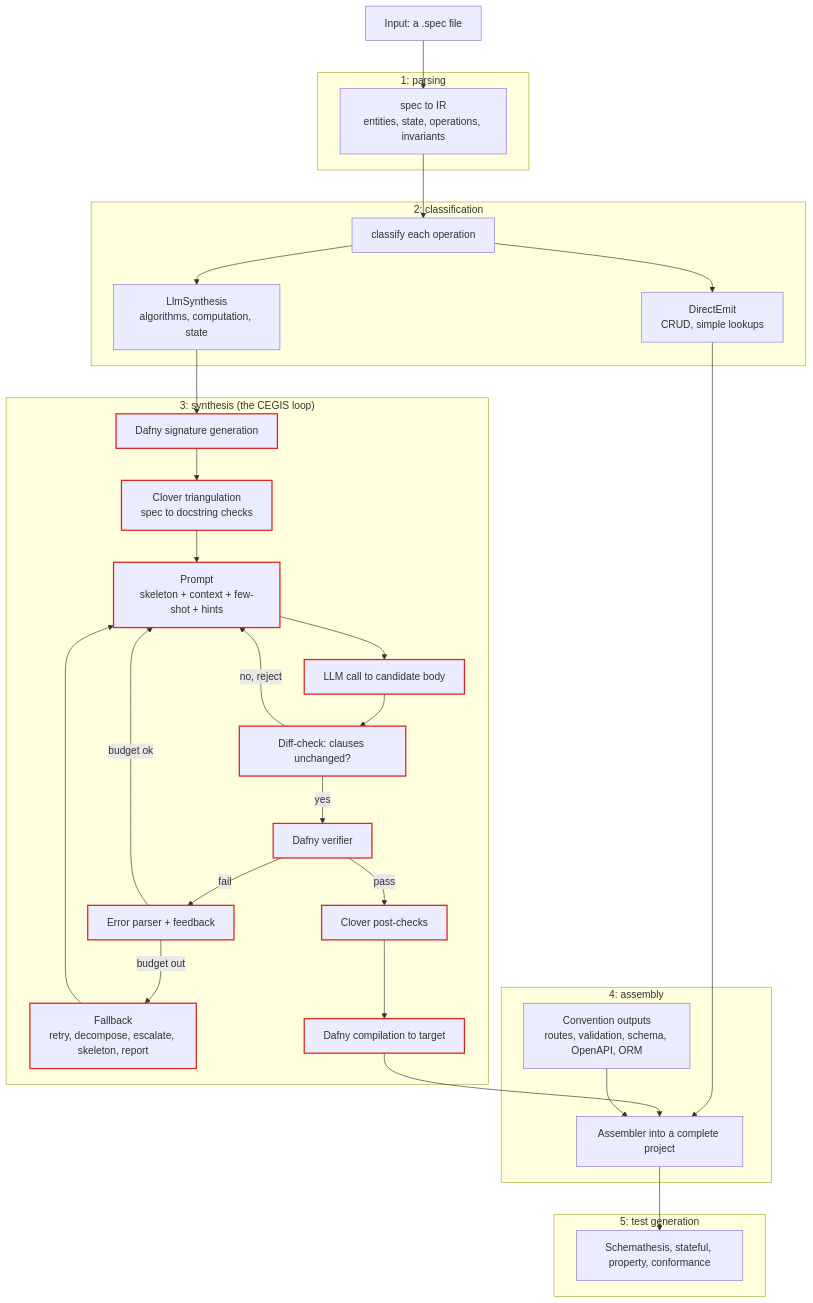
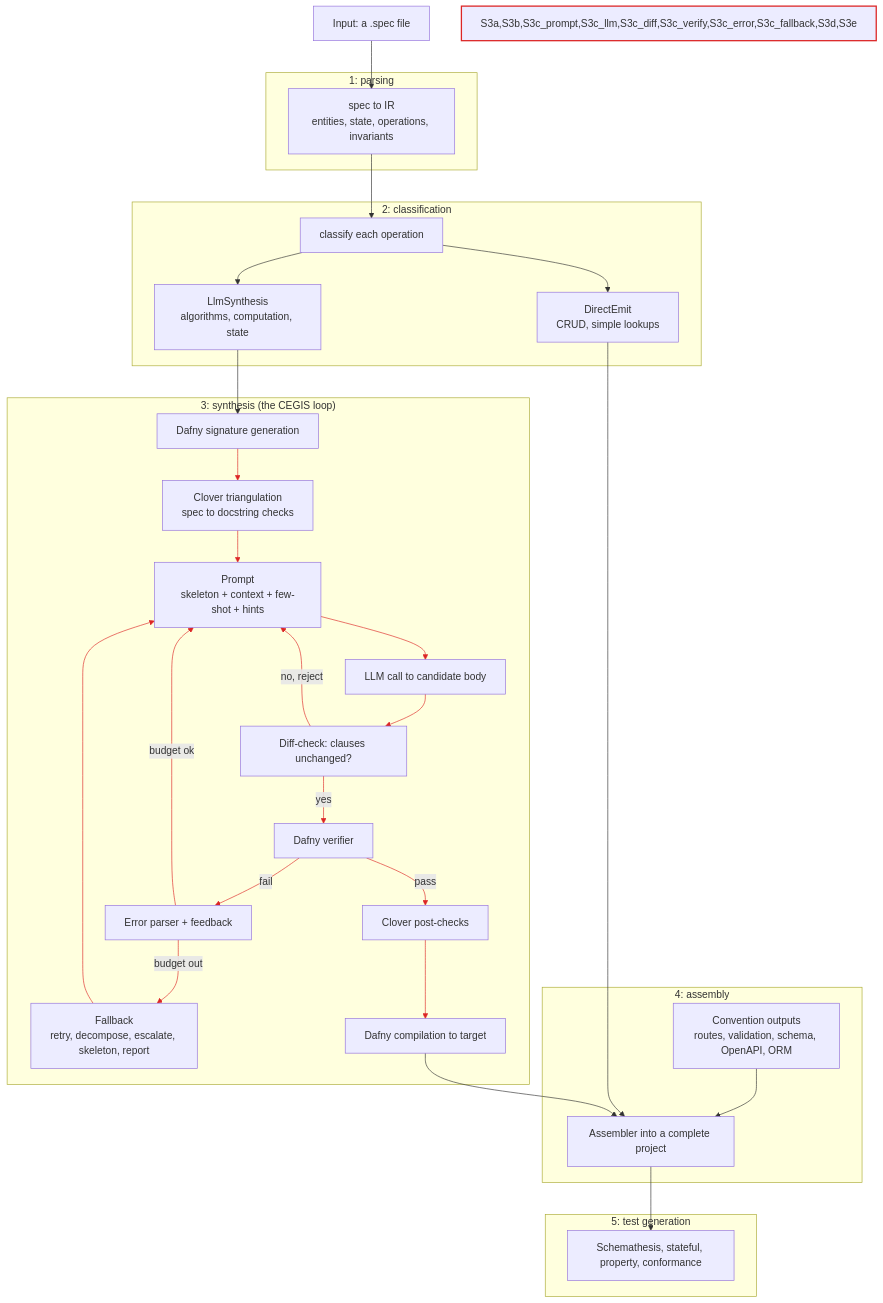
One commit to HardMax71/spec_to_rest changed the second of 2 diagrams in docs/content/docs/research/llm_verifier_synthesis/cegis-loop.md. Above: the diagram before and after it, drawn with Mermaid. The commit also changed other lines of this file, not shown here.

Commit message:
docs(research): fix CEGIS diagram styling (class leak, bare node, red arrows)
The class-assignment statement leaked a visible 'class' node because beautiful-mermaid's regex rejects a trailing semicolon; both diagrams now use a single style line (comma list, no semicolon). The loop diagram reds only its blocks, no arrows. The end-to-end diagram reds the synthesis blocks and, this time, the synthesis arrows via linkStyle indices, and declares its labeled nodes before the cross-subgraph edges so S3a is no longer drawn as a bare id.

````diff
--- a/docs/content/docs/research/llm_verifier_synthesis/cegis-loop.md
+++ b/docs/content/docs/research/llm_verifier_synthesis/cegis-loop.md
@@ -108,56 +105,46 @@
 ```mermaid
 flowchart TD
   Input["Input: a .spec file"]
-  Input --> Parse
 
   subgraph Stage1["1: parsing"]
     Parse["spec to IR<br/>entities, state, operations, invariants"]
   end
-  Parse --> Classify
 
   subgraph Stage2["2: classification"]
-    Classify["classify each operation"]
-    Classify --> Direct["DirectEmit<br/>CRUD, simple lookups"]
+    Classify["classify each operation"] --> Direct["DirectEmit<br/>CRUD, simple lookups"]
     Classify --> NeedLLM["LlmSynthesis<br/>algorithms, computation, state"]
   end
-  Direct --> Assembler
-  NeedLLM --> S3a
 
   subgraph Stage3["3: synthesis (the CEGIS loop)"]
-    S3a["Dafny signature generation"]
-    S3b["Clover triangulation<br/>spec to docstring checks"]
-    S3c_prompt["Prompt<br/>skeleton + context + few-shot + hints"]
-    S3c_llm["LLM call to candidate body"]
-    S3c_diff["Diff-check: clauses unchanged?"]
-    S3c_verify["Dafny verifier"]
-    S3c_error["Error parser + feedback"]
-    S3c_fallback["Fallback<br/>retry, decompose, escalate, skeleton, report"]
-    S3d["Clover post-checks"]
-    S3e["Dafny compilation to target"]
-
-    S3a --> S3b --> S3c_prompt --> S3c_llm --> S3c_diff
-    S3c_diff -->|"yes"| S3c_verify
+    S3a["Dafny signature generation"] --> S3b["Clover triangulation<br/>spec to docstring checks"]
+    S3b --> S3c_prompt["Prompt<br/>skeleton + context + few-shot + hints"]
+    S3c_prompt --> S3c_llm["LLM call to candidate body"]
+    S3c_llm --> S3c_diff["Diff-check: clauses unchanged?"]
+    S3c_diff -->|"yes"| S3c_verify["Dafny verifier"]
     S3c_diff -->|"no, reject"| S3c_prompt
-    S3c_verify -->|"pass"| S3d
-    S3c_verify -->|"fail"| S3c_error
+    S3c_verify -->|"pass"| S3d["Clover post-checks"]
+    S3c_verify -->|"fail"| S3c_error["Error parser + feedback"]
     S3c_error -->|"budget ok"| S3c_prompt
-    S3c_error -->|"budget out"| S3c_fallback
+    S3c_error -->|"budget out"| S3c_fallback["Fallback<br/>retry, decompose, escalate, skeleton, report"]
     S3c_fallback --> S3c_prompt
-    S3d --> S3e
+    S3d --> S3e["Dafny compilation to target"]
   end
-  S3e --> Assembler
 
   subgraph Stage4["4: assembly"]
-    Conv["Convention outputs<br/>routes, validation, schema, OpenAPI, ORM"]
-    Assembler["Assembler into a complete project"]
-    Conv --> Assembler
+    Conv["Convention outputs<br/>routes, validation, schema, OpenAPI, ORM"] --> Assembler["Assembler into a complete project"]
   end
-  Assembler --> Tests
 
   subgraph Stage5["5: test generation"]
     Tests["Schemathesis, stateful, property, conformance"]
   end
 
-  classDef cegis stroke:#dc2626,stroke-width:2px;
-  class S3a,S3b,S3c_prompt,S3c_llm,S3c_diff,S3c_verify,S3c_error,S3c_fallback,S3d,S3e cegis;
+  Input --> Parse
+  Parse --> Classify
+  Direct --> Assembler
+  NeedLLM --> S3a
+  S3e --> Assembler
+  Assembler --> Tests
+
+  style S3a,S3b,S3c_prompt,S3c_llm,S3c_diff,S3c_verify,S3c_error,S3c_fallback,S3d,S3e stroke:#dc2626,stroke-width:2px
+  linkStyle 2,3,4,5,6,7,8,9,10,11,12,13 stroke:#dc2626
 ```
````
